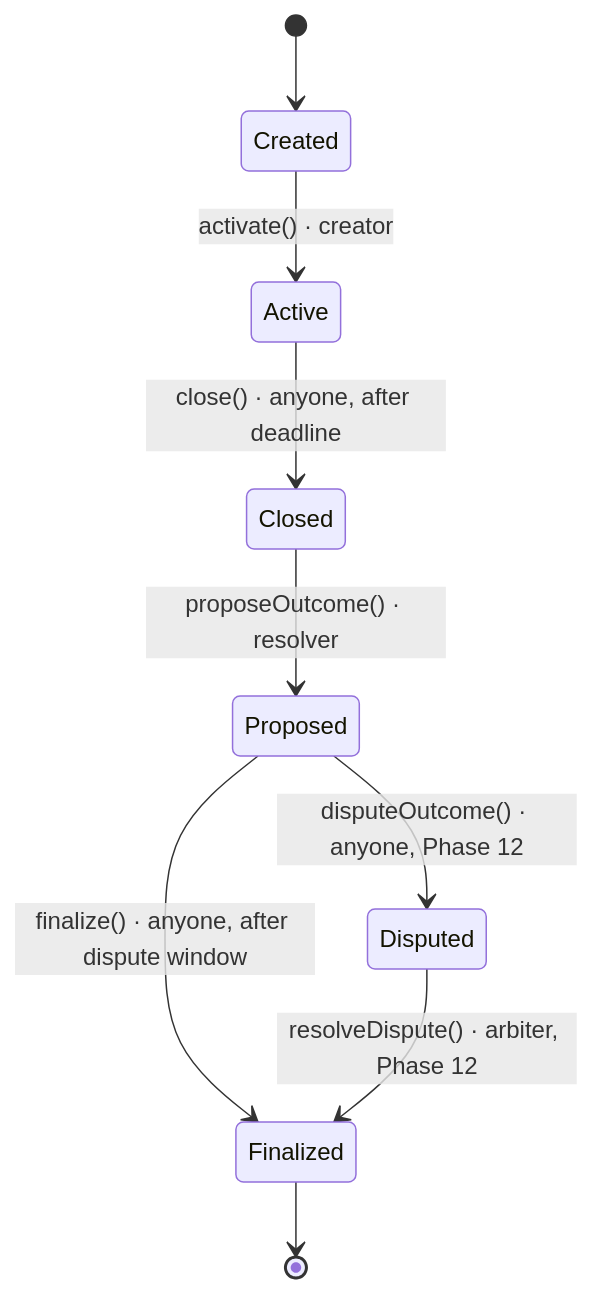
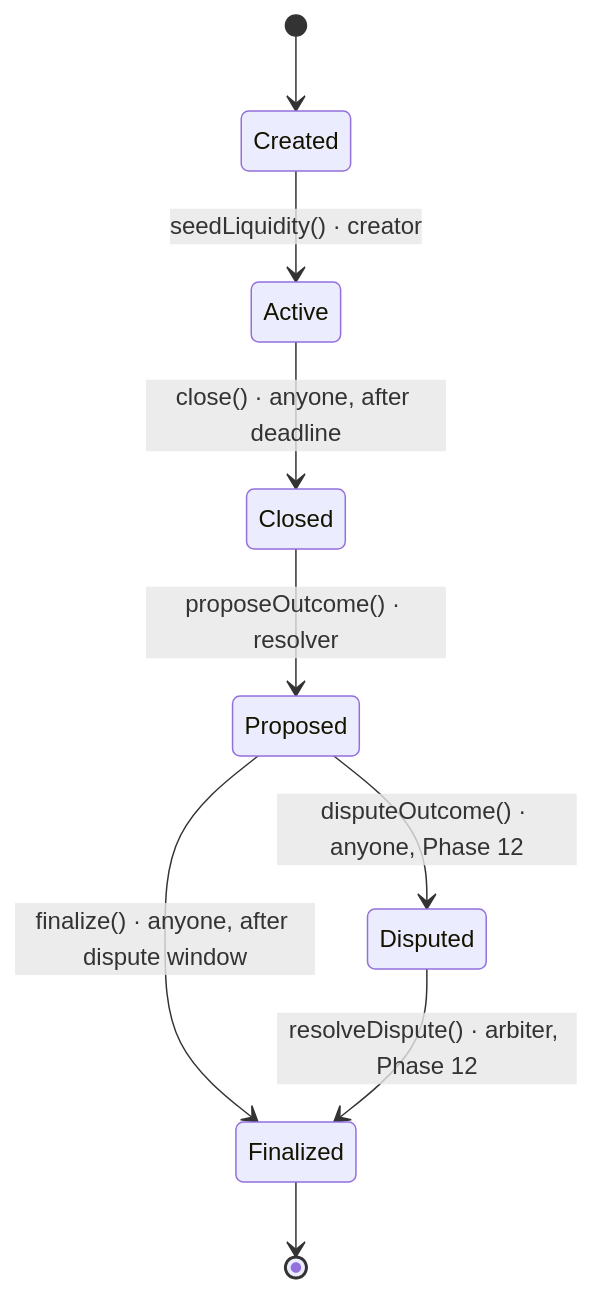
One commit to Nithin0620/PredictX changed the diagram in docs/state-machine.md. Above: the diagram before and after it, drawn with Mermaid. The commit also changed other lines of this file and 20 other files, not shown here.

````diff
--- a/docs/state-machine.md
+++ b/docs/state-machine.md
@@ -6,11 +6,11 @@
 ```mermaid
 stateDiagram-v2
     [*] --> Created
-    Created --> Active: activate() · creator
+    Created --> Active: seedLiquidity() · creator
     Active --> Closed: close() · anyone, after deadline
     Closed --> Proposed: proposeOutcome() · resolver
     Proposed --> Disputed: disputeOutcome() · anyone, Phase 12
     Proposed --> Finalized: finalize() · anyone, after dispute window
     Disputed --> Finalized: resolveDispute() · arbiter, Phase 12
     Finalized --> [*]
 ```
````
